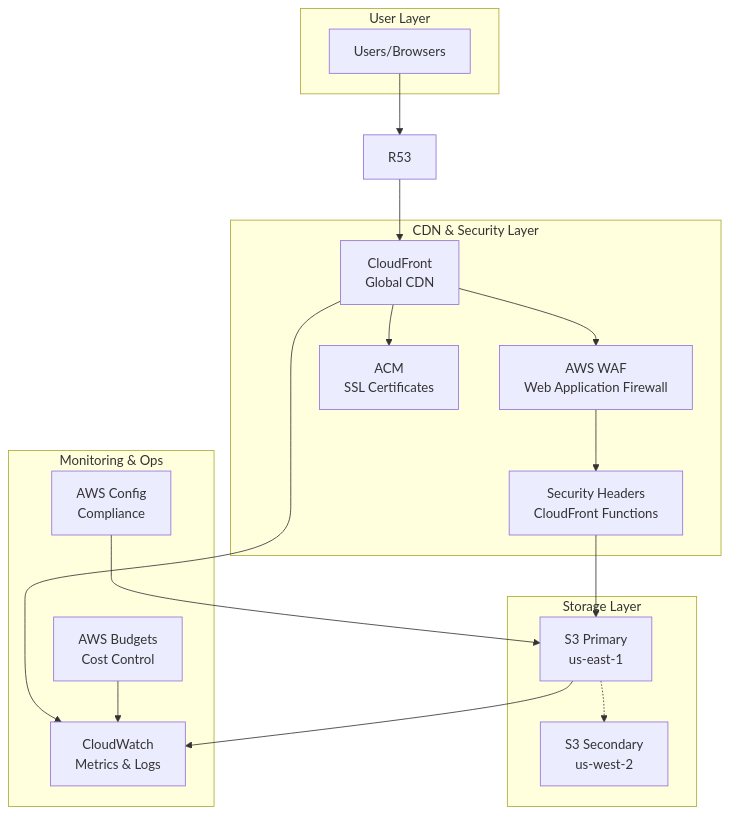
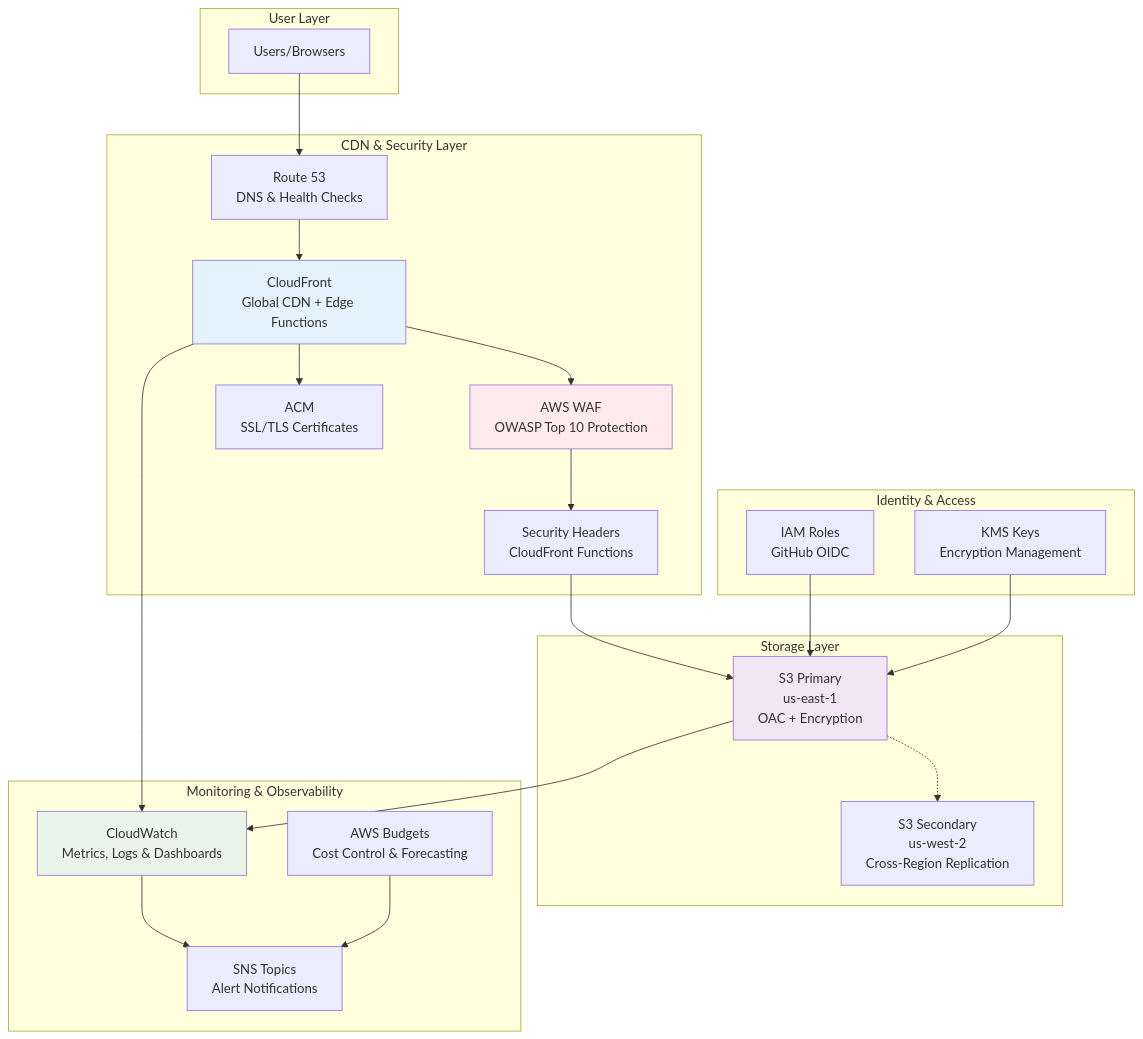
One commit to Celtikill/static-site changed the first of 4 diagrams in ARCHITECTURE.md. Above: the diagram before and after it, drawn with Mermaid. The commit also changed other lines of this file and 1 other file, not shown here.

````diff
--- a/ARCHITECTURE.md
+++ b/ARCHITECTURE.md
@@ -11,36 +19,49 @@
 ```mermaid
 graph TB
     subgraph "User Layer"
         U[Users/Browsers]
     end
     
     subgraph "CDN & Security Layer"
-        CF[CloudFront<br/>Global CDN]
-        WAF[AWS WAF<br/>Web Application Firewall]
+        R53[Route 53<br/>DNS & Health Checks]
+        CF[CloudFront<br/>Global CDN + Edge Functions]
+        WAF[AWS WAF<br/>OWASP Top 10 Protection]
         SH[Security Headers<br/>CloudFront Functions]
-        ACM[ACM<br/>SSL Certificates]
+        ACM[ACM<br/>SSL/TLS Certificates]
     end
     
     subgraph "Storage Layer"
-        S3P[S3 Primary<br/>us-east-1]
-        S3S[S3 Secondary<br/>us-west-2]
+        S3P[S3 Primary<br/>us-east-1<br/>OAC + Encryption]
+        S3S[S3 Secondary<br/>us-west-2<br/>Cross-Region Replication]
     end
     
-    subgraph "Monitoring & Ops"
-        CW[CloudWatch<br/>Metrics & Logs]
-        CFG[AWS Config<br/>Compliance]
-        BUD[AWS Budgets<br/>Cost Control]
+    subgraph "Monitoring & Observability"
+        CW[CloudWatch<br/>Metrics, Logs & Dashboards]
+        SNS[SNS Topics<br/>Alert Notifications]
+        BUD[AWS Budgets<br/>Cost Control & Forecasting]
+    end
+    
+    subgraph "Identity & Access"
+        IAM[IAM Roles<br/>GitHub OIDC]
+        KMS[KMS Keys<br/>Encryption Management]
     end
     
     U --> R53
     R53 --> CF
     CF --> WAF
     WAF --> SH
     SH --> S3P
     S3P -.-> S3S
     CF --> ACM
     CF --> CW
     S3P --> CW
-    CFG --> S3P
-    BUD --> CW
+    CW --> SNS
+    BUD --> SNS
+    IAM --> S3P
+    KMS --> S3P
+    
+    style CF fill:#e3f2fd
+    style WAF fill:#ffebee
+    style S3P fill:#f3e5f5
+    style CW fill:#e8f5e8
 ```
````
